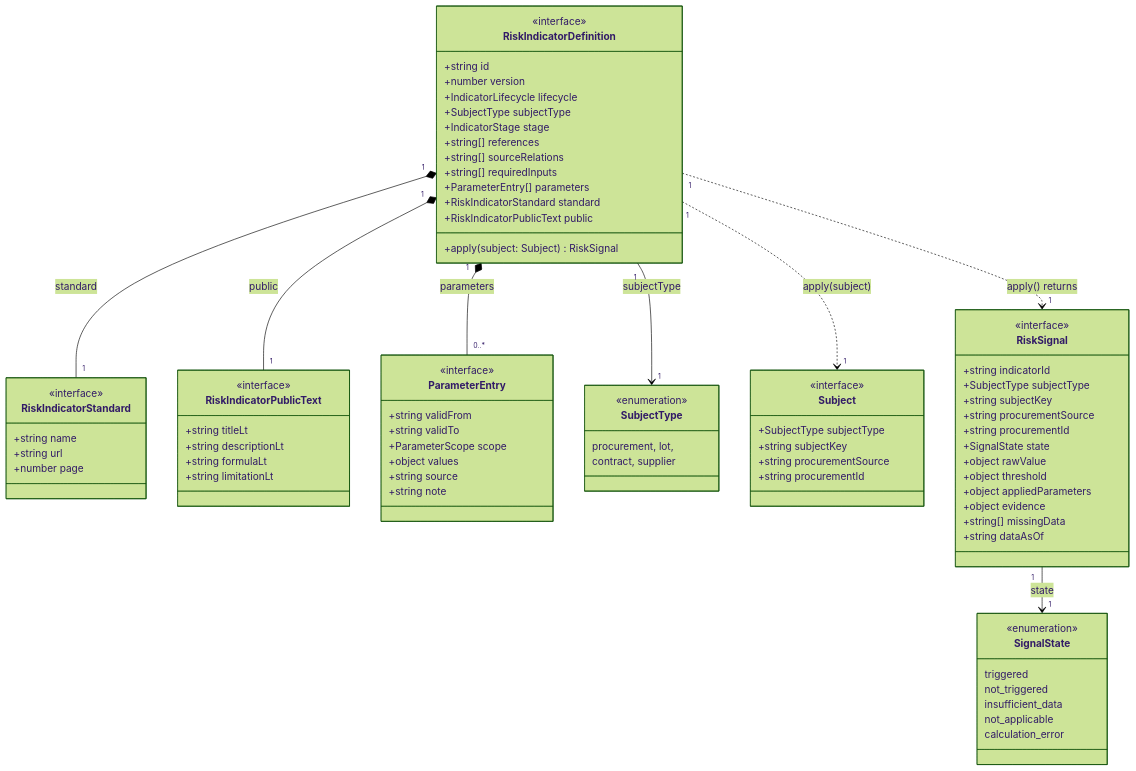
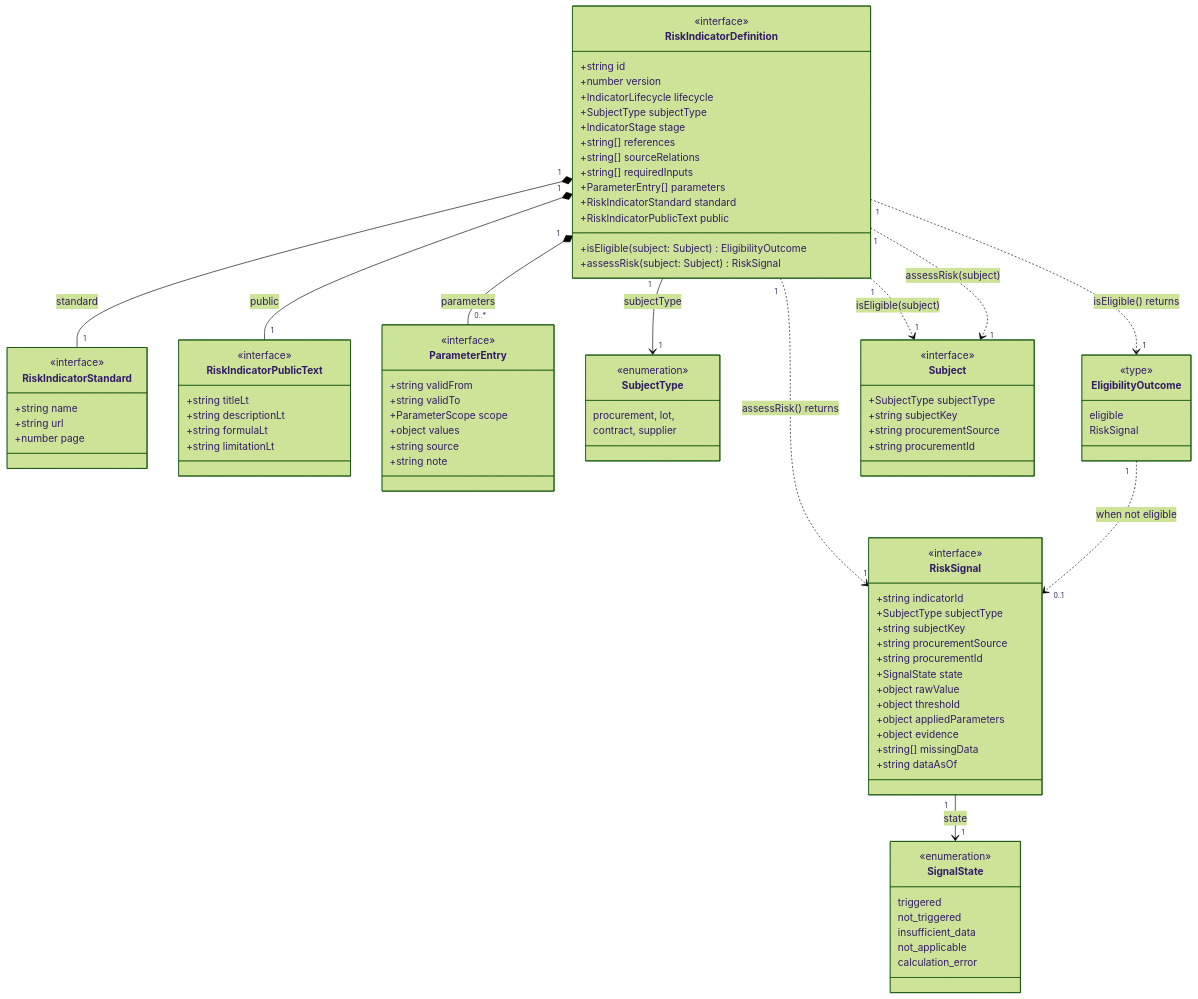
Before and after one commit to Viespirkiu-grupe/viespirkiai: the fourth of 4 diagrams in docs/indicators-story/risk-service-architecture-v2.md, drawn with Mermaid (forest theme). The commit also changed other lines of this file, not shown here.

Commit message:
architecture update

````diff
--- a/docs/indicators-story/risk-service-architecture-v2.md
+++ b/docs/indicators-story/risk-service-architecture-v2.md
@@ -163,7 +174,8 @@
         +ParameterEntry[] parameters
         +RiskIndicatorStandard standard
         +RiskIndicatorPublicText public
-        +apply(subject: Subject) RiskSignal
+        +isEligible(subject: Subject) EligibilityOutcome
+        +assessRisk(subject: Subject) RiskSignal
     }
     class RiskIndicatorStandard {
         <<interface>>
@@ -191,6 +203,11 @@
         <<enumeration>>
         procurement, lot,
         contract, supplier
+    }
+    class EligibilityOutcome {
+        <<type>>
+        eligible
+        RiskSignal
     }
     class Subject {
         <<interface>>
@@ -227,7 +244,10 @@
     RiskIndicatorDefinition "1" *-- "1" RiskIndicatorStandard: standard
     RiskIndicatorDefinition "1" *-- "1" RiskIndicatorPublicText: public
     RiskIndicatorDefinition "1" *-- "0..*" ParameterEntry: parameters
-    RiskIndicatorDefinition "1" ..> "1" Subject: apply(subject)
-    RiskIndicatorDefinition "1" ..> "1" RiskSignal: apply() returns
+    RiskIndicatorDefinition "1" ..> "1" Subject: isEligible(subject)
+    RiskIndicatorDefinition "1" ..> "1" Subject: assessRisk(subject)
+    RiskIndicatorDefinition "1" ..> "1" EligibilityOutcome: isEligible() returns
+    RiskIndicatorDefinition "1" ..> "1" RiskSignal: assessRisk() returns
+    EligibilityOutcome "1" ..> "0..1" RiskSignal: when not eligible
     RiskSignal "1" --> "1" SignalState: state
 ```
````
